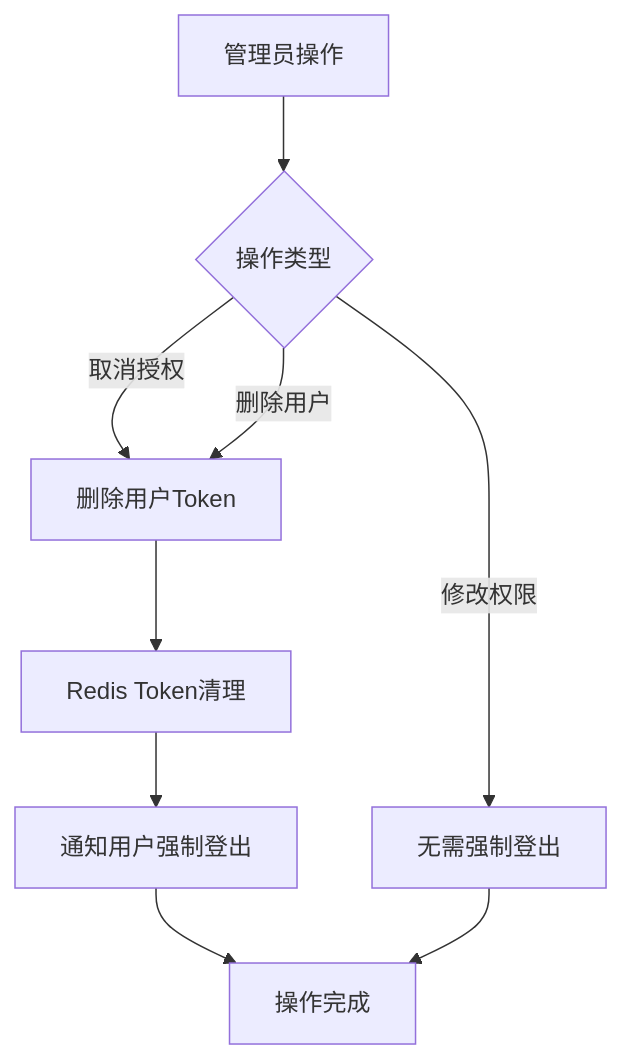
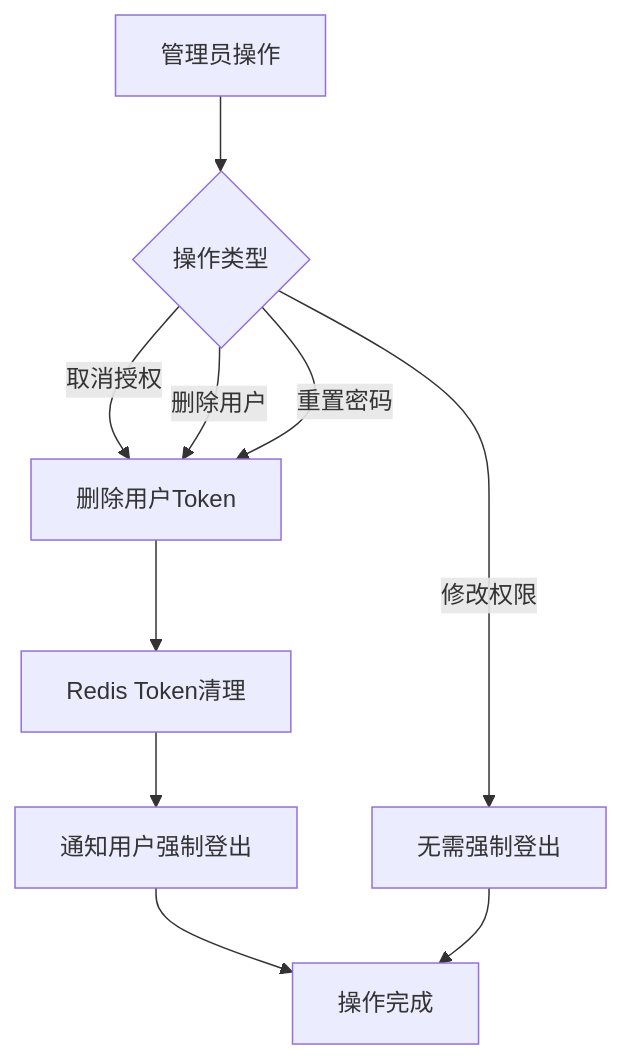
One commit to 20164206160/zhishilu changed diagram 14 of 21 in .qoder/repowiki/zh/content/用户管理系统/用户管理系统.md. Above: the diagram before and after it, drawn with Mermaid. The commit also changed other lines of this file and 16 other files, not shown here.

````diff
--- a/.qoder/repowiki/zh/content/用户管理系统/用户管理系统.md
+++ b/.qoder/repowiki/zh/content/用户管理系统/用户管理系统.md
@@ -801,11 +885,12 @@
 ```mermaid
 flowchart TD
 AdminAction[管理员操作] --> CheckAction{操作类型}
 CheckAction --> |取消授权| RemoveToken[删除用户Token]
 CheckAction --> |删除用户| RemoveToken
+CheckAction --> |重置密码| RemoveToken
 CheckAction --> |修改权限| NoAction[无需强制登出]
 RemoveToken --> ClearRedis[Redis Token清理]
 ClearRedis --> NotifyUser[通知用户强制登出]
 NotifyUser --> Success[操作完成]
 NoAction --> Success
 ```
````
